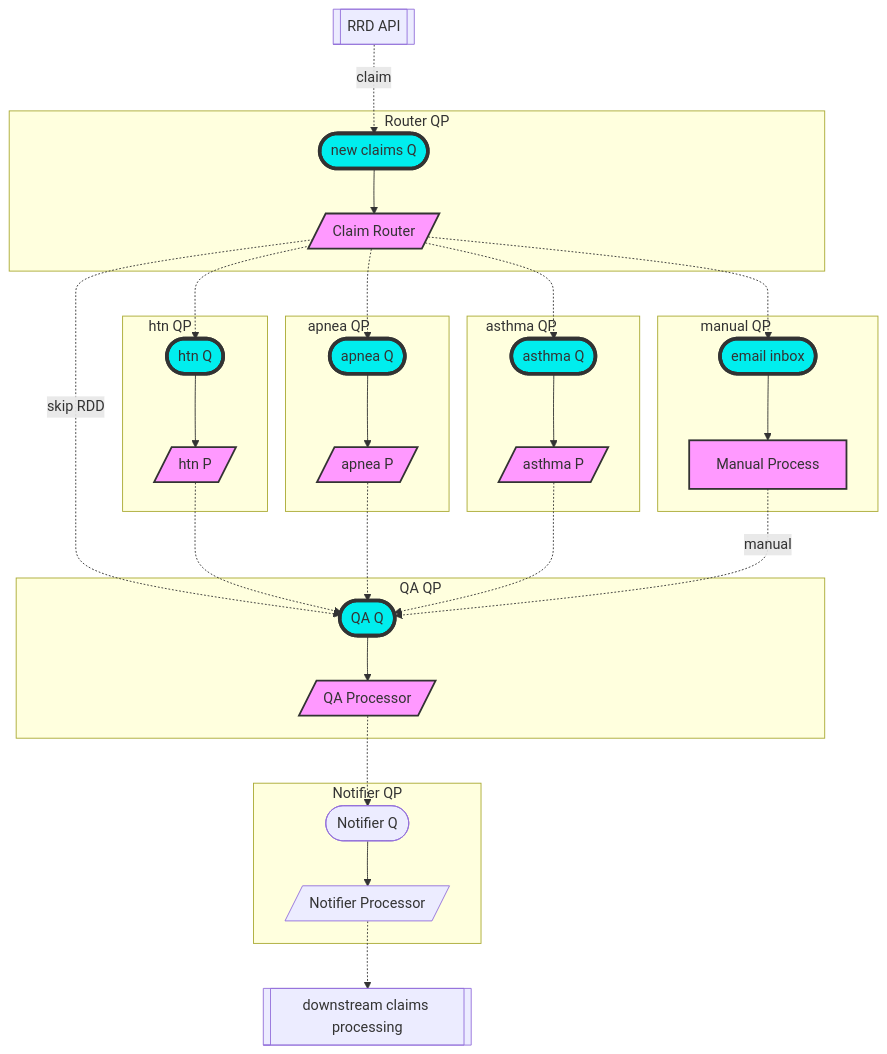
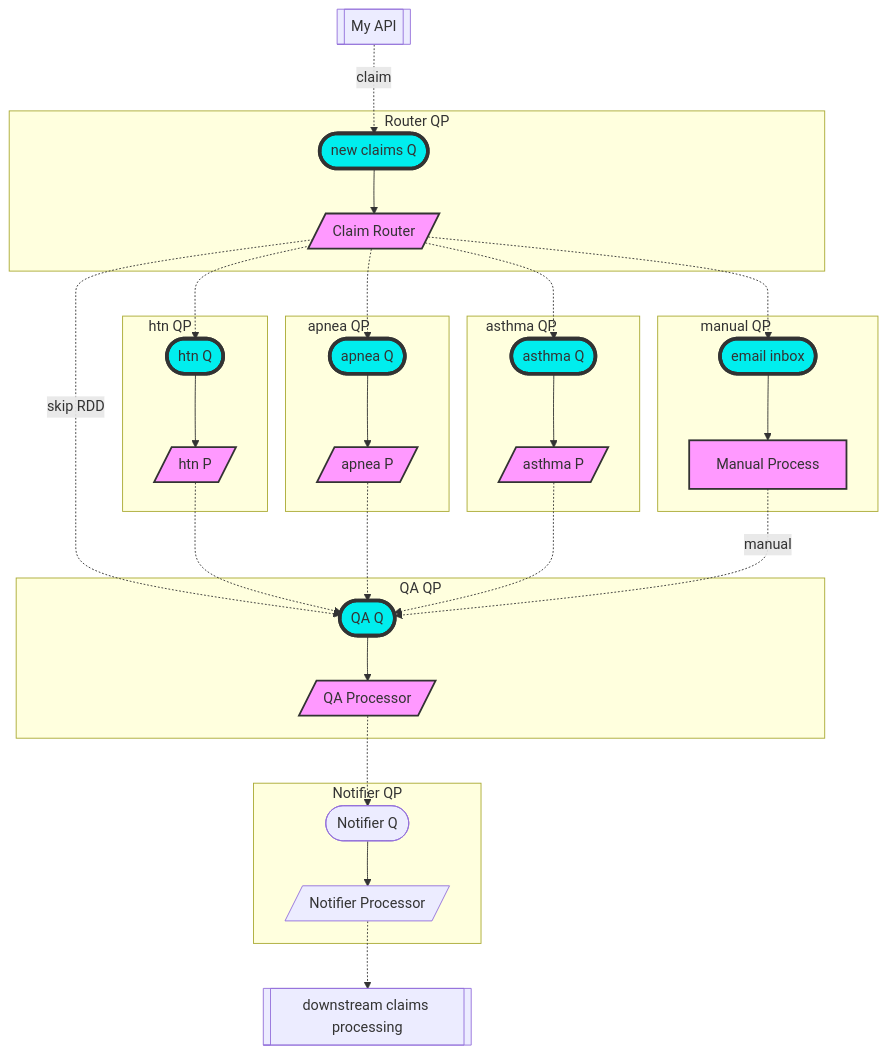
One commit to yoomlam/camelapp changed the second of 2 diagrams in README.md. Above: the diagram before and after it, drawn with Mermaid. The commit also changed other lines of this file, not shown here.

Commit message:
remove unnecessary references to "RRD"

````diff
--- a/README.md
+++ b/README.md
@@ -46,46 +48,46 @@
 ```mermaid
 flowchart TB
 
-rrd-api[[RRD API]] -.claim.-> newClaimsQ([new claims Q])
+rrd-api[[My API]] -.claim.-> newClaimsQ([new claims Q])
 
 subgraph router-qp[Router QP]
   newClaimsQ --> router[/Claim Router/]
 end
 
 router -.skip RDD.-> rrdDoneQ
 router -.-> htnQ & asthmaQ & apneaQ & manualQ
 
 subgraph htn-qp["htn QP &nbsp; &nbsp; &nbsp; &nbsp; &nbsp; &nbsp; &nbsp;"]
   htnQ([htn Q]) --> htnP[/htn P/]
 end
 subgraph asthma-qp["asthma QP &nbsp; &nbsp; &nbsp; &nbsp; &nbsp; &nbsp; &nbsp; &nbsp;  &nbsp;"]
   asthmaQ([asthma Q]) --> asthmaP[/asthma P/]
 end
 subgraph apnea-qp["apnea QP &nbsp; &nbsp; &nbsp; &nbsp; &nbsp; &nbsp; &nbsp; &nbsp;"]
   apneaQ([apnea Q]) --> apneaP[/apnea P/]
 end
 
 htnP & apneaP & asthmaP -.-> rrdDoneQ
 
 subgraph manual-qp["manual QP &nbsp; &nbsp; &nbsp; &nbsp; &nbsp; &nbsp; &nbsp; &nbsp; &nbsp;"]
   manualQ([email inbox]) --> manualP[Manual Process]
 end
 manualP -.manual.-> rrdDoneQ
 
 subgraph qa-qp[QA QP]
   rrdDoneQ([QA Q]) --> qaP[/QA Processor/]
 end
 
 qaP -.-> notifierQ
 subgraph notifier-qp[Notifier QP]
   notifierQ([Notifier Q]) --> notifierP[/Notifier Processor/]
 end
 
 notifierP -.-> CONTINUE[[downstream claims processing]]
 
 classDef queue fill:#0ee,stroke:#333,stroke-width:4px
 class newClaimsQ,manualQ,rrdDoneQ queue
 class htnQ,apneaQ,asthmaQ queue
 classDef processor fill:#f9f,stroke:#333,stroke-width:2px
 class router,qaP,htnP,apneaP,asthmaP,manualP processor
 ```
````
